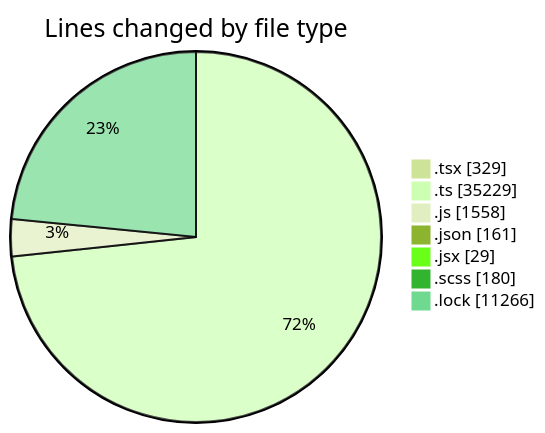
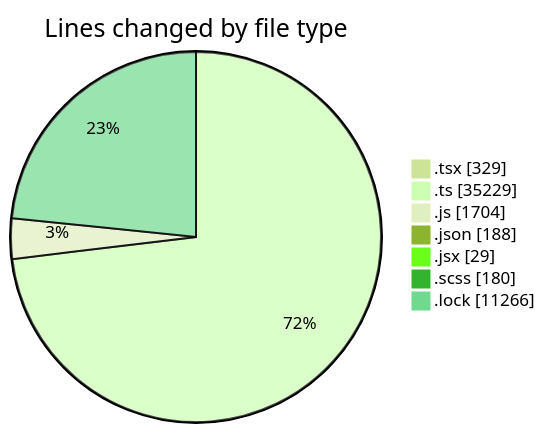
One commit to momahboobian/code-tracking changed the first of 2 diagrams in 2025-12-17/cda/README.md. Above: the diagram before and after it, drawn with Mermaid (forest theme). The commit also changed other lines of this file and 1 other file, not shown here.

````diff
--- a/2025-12-17/cda/README.md
+++ b/2025-12-17/cda/README.md
@@ -56,11 +57,11 @@
 ```mermaid
 pie showData
 title Lines changed by file type
 ".tsx" : 329
 ".ts" : 35229
-".js" : 1558
-".json" : 161
+".js" : 1704
+".json" : 188
 ".jsx" : 29
 ".scss" : 180
 ".lock" : 11266
 ```
````
